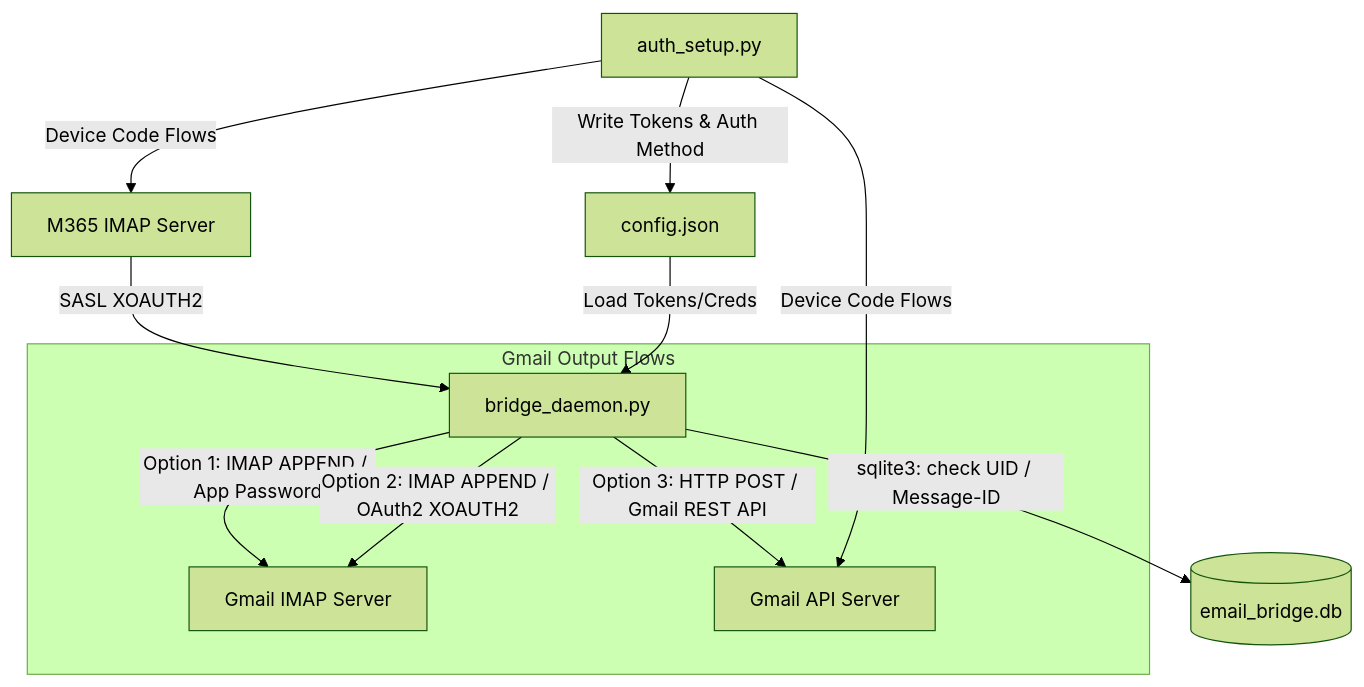
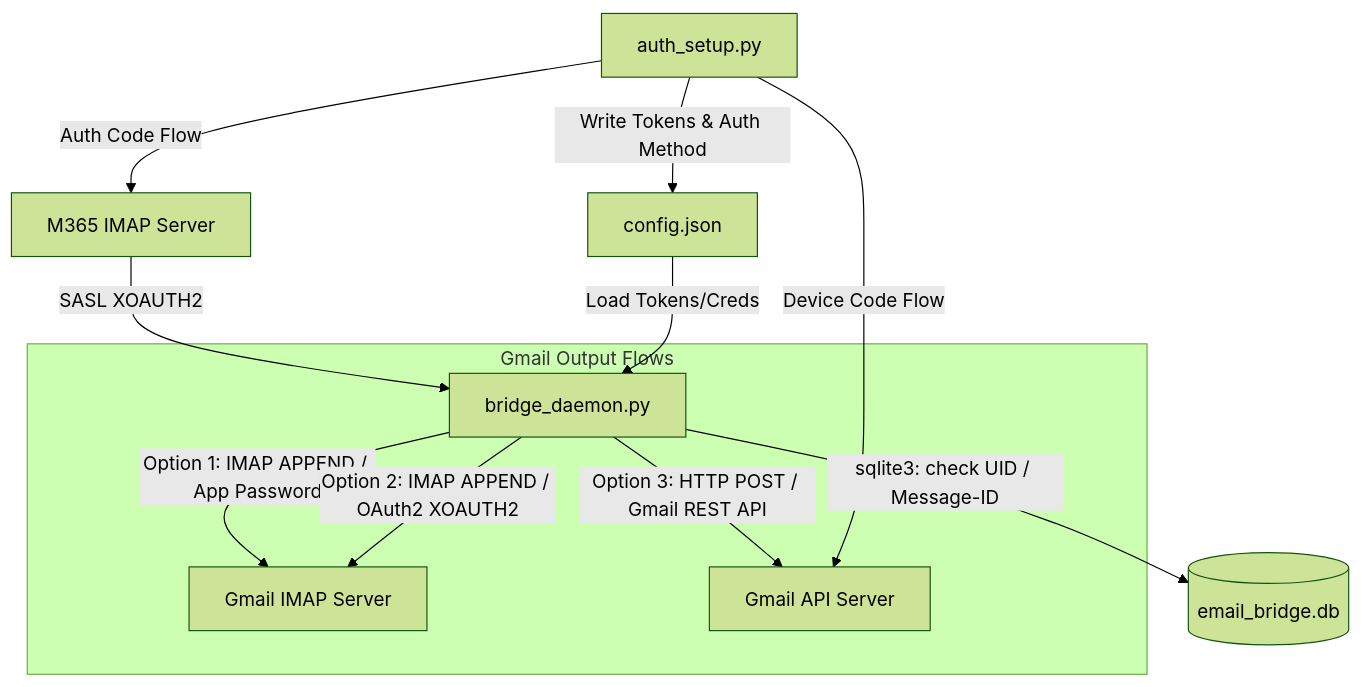
The diagram in README.md (mabino/mirrormail), drawn with Mermaid (forest theme) before and after one commit. The commit also changed other lines of this file and 3 other files, not shown here.

First line of the commit message:
Default M365 auth to Authorization Code flow, keep Device Code as fallback

````diff
--- a/README.md
+++ b/README.md
@@ -41,16 +39,16 @@
 ```mermaid
 graph TD
     A[M365 IMAP Server] -->|SASL XOAUTH2| B[bridge_daemon.py]
     C[config.json] -->|Load Tokens/Creds| B
     B -->|sqlite3: check UID / Message-ID| D[(email_bridge.db)]
     
     subgraph Gmail Output Flows
         B -->|Option 1: IMAP APPEND / App Password| E1[Gmail IMAP Server]
         B -->|Option 2: IMAP APPEND / OAuth2 XOAUTH2| E1
         B -->|Option 3: HTTP POST / Gmail REST API| E2[Gmail API Server]
     end
 
-    F[auth_setup.py] -->|Device Code Flows| A
-    F -->|Device Code Flows| E2
+    F[auth_setup.py] -->|Auth Code Flow| A
+    F -->|Device Code Flow| E2
     F -->|Write Tokens & Auth Method| C
 ```
````
